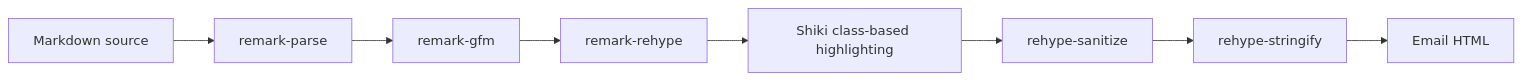
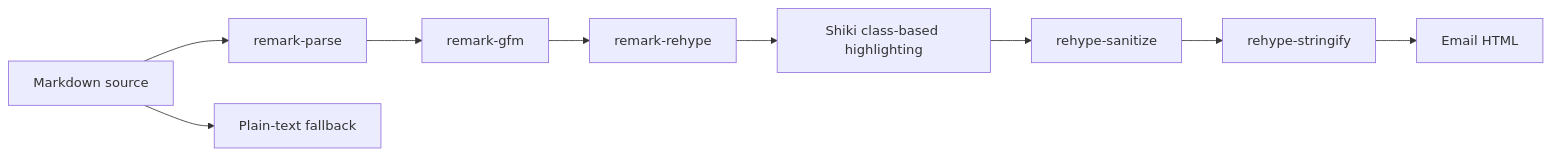
One commit to hnjae/md-compose-tb changed the diagram in docs/architecture/markdown-rendering.md. Above: the diagram before and after it, drawn with Mermaid. The commit also changed other lines of this file and 2 other files, not shown here.

Commit message:
docs(markdown): keep source as plain fallback

````diff
--- a/docs/architecture/markdown-rendering.md
+++ b/docs/architecture/markdown-rendering.md
@@ -13,10 +13,11 @@
 ```mermaid
 flowchart LR
   source[Markdown source] --> parse[remark-parse]
   parse --> gfm[remark-gfm]
   gfm --> bridge[remark-rehype]
   bridge --> highlight[Shiki class-based highlighting]
   highlight --> sanitize[rehype-sanitize]
   sanitize --> stringify[rehype-stringify]
   stringify --> html[Email HTML]
+  source --> fallback[Plain-text fallback]
 ```
````
